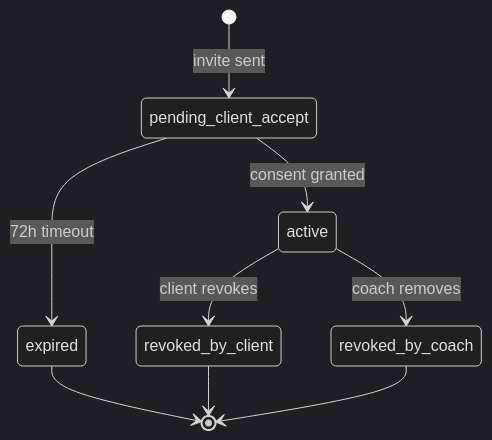
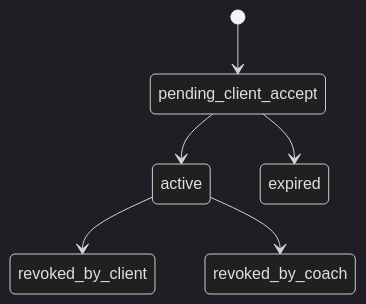
The fifth of 5 diagrams in docs/prd/OneMore_Data_Model.md (kevinlicenji/onemore), drawn with Mermaid (dark theme) before and after one commit. The commit also changed other lines of this file and 6 other files, not shown here.

First line of the commit message:
docs(db): revise data model to v1.2 after schema audit

````diff
--- a/docs/prd/OneMore_Data_Model.md
+++ b/docs/prd/OneMore_Data_Model.md
@@ -405,11 +693,8 @@
 ```mermaid
 stateDiagram-v2
-  [*] --> pending_client_accept: invite sent
-  pending_client_accept --> active: consent granted
-  pending_client_accept --> expired: 72h timeout
-  active --> revoked_by_client: client revokes
-  active --> revoked_by_coach: coach removes
-  expired --> [*]
-  revoked_by_client --> [*]
-  revoked_by_coach --> [*]
+  [*] --> pending_client_accept
+  pending_client_accept --> active
+  pending_client_accept --> expired
+  active --> revoked_by_client
+  active --> revoked_by_coach
 ```
````
